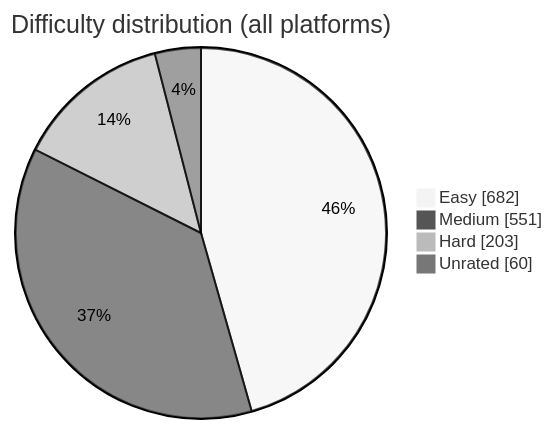
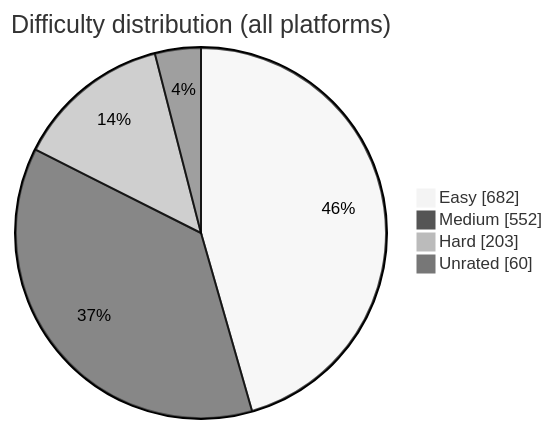
Before and after one commit to BuildbyArindam/Daily-Coding-Log: the diagram in README.md, drawn with Mermaid (neutral theme). The commit also changed other lines of this file, not shown here.

````diff
--- a/README.md
+++ b/README.md
@@ -93,7 +93,7 @@
 ```mermaid
 pie showData title Difficulty distribution (all platforms)
     "Easy" : 682
-    "Medium" : 551
+    "Medium" : 552
     "Hard" : 203
     "Unrated" : 60
 ```
````
